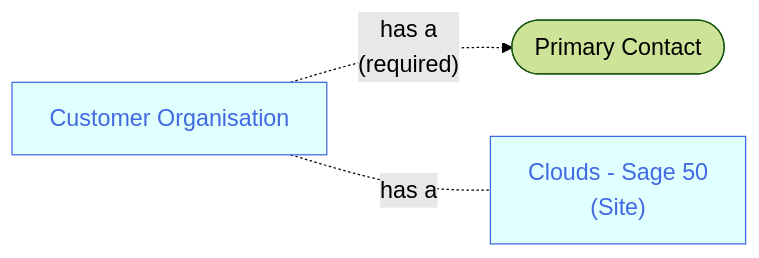
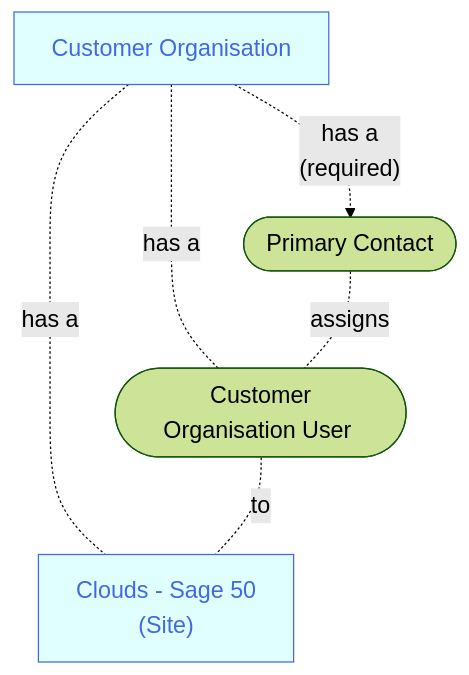
One commit to joe-dorward/samples changed the diagram in 2025_Sage/05_Scenario - User to Site.mdx. Above: the diagram before and after it, drawn with Mermaid. The commit also changed other lines of this file, not shown here.

Commit message:
Update 05_Scenario - User to Site.mdx

````diff
--- a/2025_Sage/05_Scenario - User to Site.mdx
+++ b/2025_Sage/05_Scenario - User to Site.mdx
@@ -6,29 +6,31 @@
 ```mermaid
 %%{
   init: {
     'theme': 'forest',
     'themeVariables': {
       'fontSize':'14pt'
     }
   }
 }%%
-flowchart LR
+flowchart TD
   classDef Sage fill:seagreen, color:honeydew;
   classDef Noun fill:lightcyan, stroke:royalblue, color:royalblue;
   classDef Note fill:white, stroke:white, text-align:left;
 
   CUSTOMER_ORGANISATION_01[Customer Organisation]-.has a<br/>(required).->
   PRIMARY_CONTACT_01([&nbsp;Primary Contact&nbsp;])
 
   CUSTOMER_ORGANISATION_01-.has a.-
+  CUSTOMER_ORGANISATION_USER_01([&nbsp;Customer Organisation User&nbsp;])
+
+  CUSTOMER_ORGANISATION_01-.has a.-
   SITE_01["Clouds - Sage 50<br/>(Site)"]
 
+  PRIMARY_CONTACT_01-.assigns.-
+  CUSTOMER_ORGANISATION_USER_01
 
-  %%-.who adds a.->
-  %%CUSTOMER_ORGANISATION_USER_01[Customer Organisation User]
-
-  %%CUSTOMER_ORGANISATION_01-.default<br/>association.-
-  %%CUSTOMER_ORGANISATION_USER_01
+  CUSTOMER_ORGANISATION_USER_01-."to".-
+  SITE_01
 
   class CUSTOMER_ORGANISATION_01,SITE_01 Noun
 ```
````
